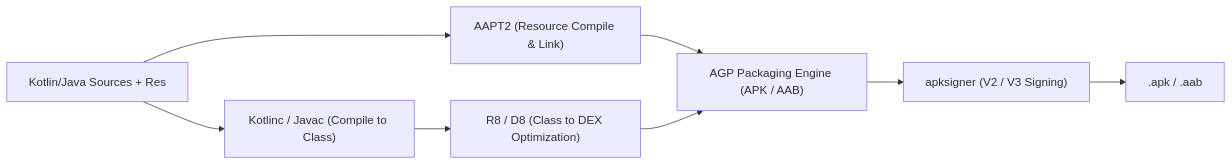
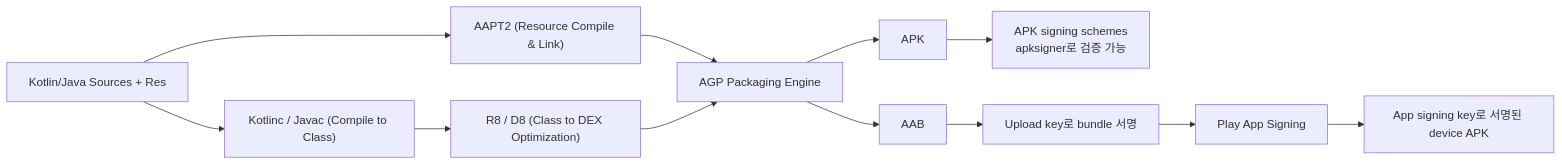
The diagram in 01_inbox/mobile/android/03_packaging_deployment/build/gradle/gradle-build-contracts/android-gradle-plugin-adds-android-build-rules-to-gradle.md (youngmin-gwon/what-i-studied), drawn with Mermaid before and after one commit. The commit also changed other lines of this file and 89 other files, not shown here.

````diff
--- a/01_inbox/mobile/android/03_packaging_deployment/build/gradle/gradle-build-contracts/android-gradle-plugin-adds-android-build-rules-to-gradle.md
+++ b/01_inbox/mobile/android/03_packaging_deployment/build/gradle/gradle-build-contracts/android-gradle-plugin-adds-android-build-rules-to-gradle.md
@@ -28,10 +28,14 @@
 ```mermaid
 flowchart LR
     Source["Kotlin/Java Sources + Res"] --> AAPT2["AAPT2 (Resource Compile & Link)"]
     Source --> Kotlinc["Kotlinc / Javac (Compile to Class)"]
     Kotlinc --> R8["R8 / D8 (Class to DEX Optimization)"]
-    AAPT2 --> Package["AGP Packaging Engine (APK / AAB)"]
+    AAPT2 --> Package["AGP Packaging Engine"]
     R8 --> Package
-    Package --> Signer["apksigner (V2 / V3 Signing)"]
-    Signer --> Artifact[".apk / .aab"]
+    Package --> APK["APK"]
+    Package --> AAB["AAB"]
+    APK --> APKSigner["APK signing schemes<br/>apksigner로 검증 가능"]
+    AAB --> UploadSign["Upload key로 bundle 서명"]
+    UploadSign --> Play["Play App Signing"]
+    Play --> ServedAPK["App signing key로 서명된 device APK"]
 ```
````
